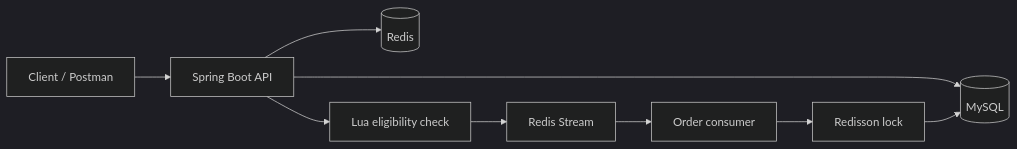
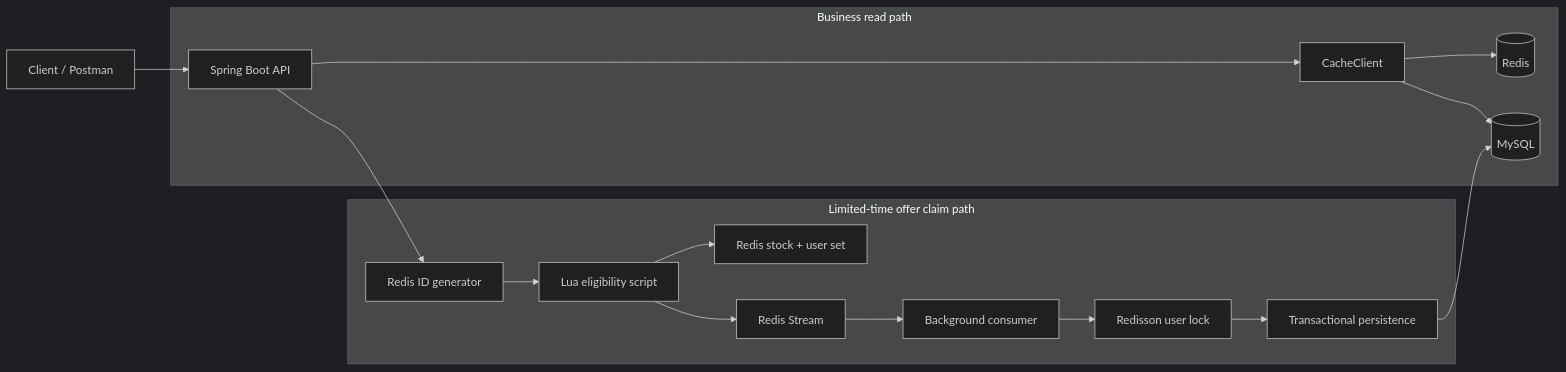
One commit to hatakaiforcanada-ship-it/localperks-backend changed the diagram in README.md. Above: the diagram before and after it, drawn with Mermaid (dark theme). The commit also changed other lines of this file and 1 other file, not shown here.

````diff
--- a/README.md
+++ b/README.md
@@ -18,11 +39,21 @@
 ```mermaid
 flowchart LR
     Client["Client / Postman"] --> API["Spring Boot API"]
-    API --> MySQL[(MySQL)]
-    API --> Redis[(Redis)]
-    API --> Lua["Lua eligibility check"]
-    Lua --> Stream["Redis Stream"]
-    Stream --> Consumer["Order consumer"]
-    Consumer --> Lock["Redisson lock"]
-    Lock --> MySQL
+
+    subgraph ReadPath["Business read path"]
+        API --> CacheClient["CacheClient"]
+        CacheClient --> Redis[(Redis)]
+        CacheClient --> MySQL[(MySQL)]
+    end
+
+    subgraph ClaimPath["Limited-time offer claim path"]
+        API --> ID["Redis ID generator"]
+        ID --> Lua["Lua eligibility script"]
+        Lua --> State["Redis stock + user set"]
+        Lua --> Stream["Redis Stream"]
+        Stream --> Consumer["Background consumer"]
+        Consumer --> Lock["Redisson user lock"]
+        Lock --> Persistence["Transactional persistence"]
+        Persistence --> MySQL
+    end
 ```
````
